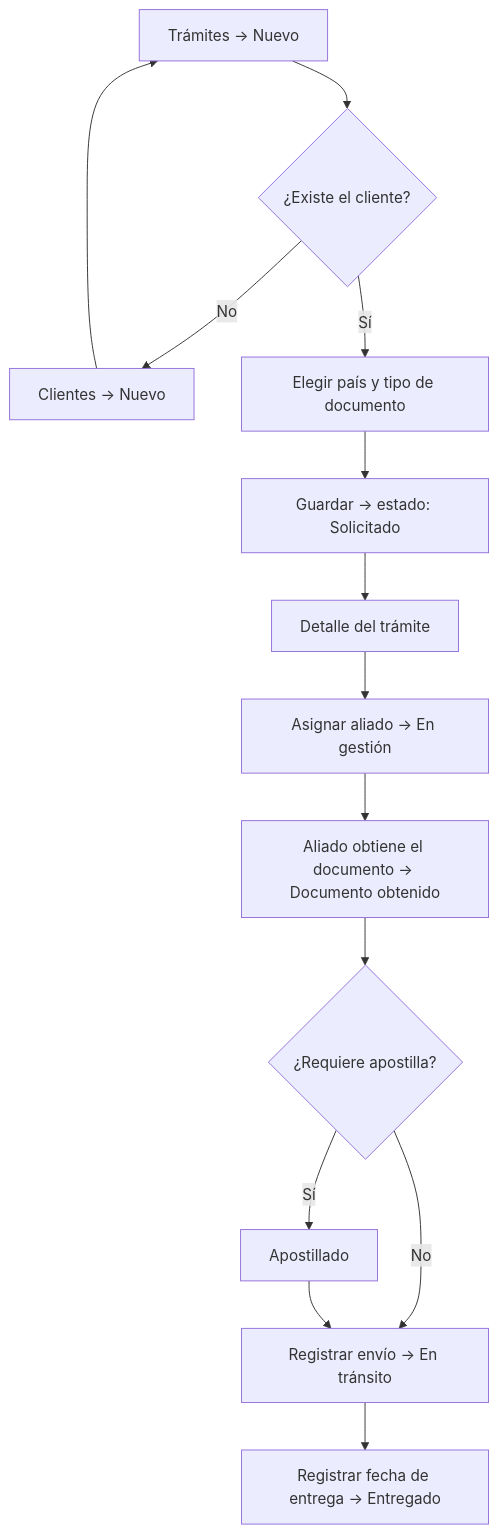
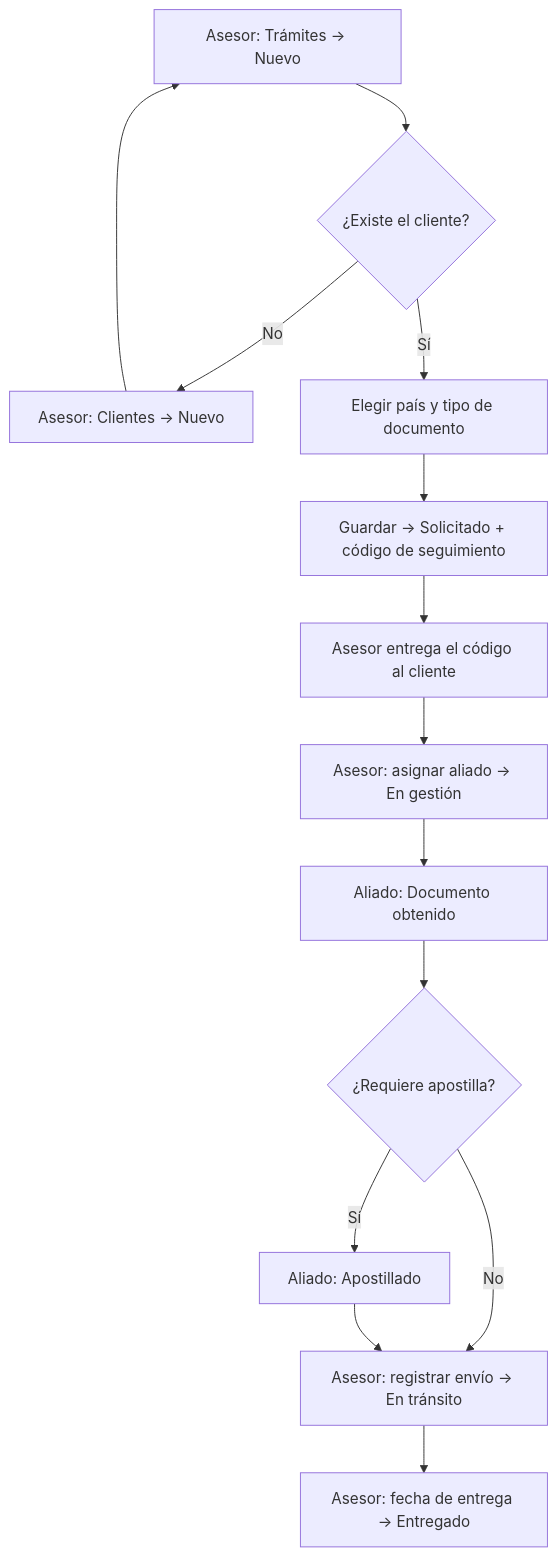
The third of 7 diagrams in docs/ux/flujos-navegacion.md (Androx2000/AliadaLegal-DAS901), drawn with Mermaid before and after one commit. The commit also changed other lines of this file and 4 other files, not shown here.

Commit message:
Corrige documentación UX: roles Administrador/Asesor/Aliado, consulta pública RF06 como Must

````diff
--- a/docs/ux/flujos-navegacion.md
+++ b/docs/ux/flujos-navegacion.md
@@ -26,15 +45,15 @@
 ```mermaid
 flowchart TD
-    S1[Trámites → Nuevo] --> S2{¿Existe el cliente?}
-    S2 -- No --> S3[Clientes → Nuevo] --> S1
+    S1[Asesor: Trámites → Nuevo] --> S2{¿Existe el cliente?}
+    S2 -- No --> S3[Asesor: Clientes → Nuevo] --> S1
     S2 -- Sí --> S4[Elegir país y tipo de documento]
-    S4 --> S5[Guardar → estado: Solicitado]
-    S5 --> S6[Detalle del trámite]
-    S6 --> S7[Asignar aliado → En gestión]
-    S7 --> S8[Aliado obtiene el documento → Documento obtenido]
+    S4 --> S5[Guardar → Solicitado + código de seguimiento]
+    S5 --> S6[Asesor entrega el código al cliente]
+    S6 --> S7[Asesor: asignar aliado → En gestión]
+    S7 --> S8[Aliado: Documento obtenido]
     S8 --> S9{¿Requiere apostilla?}
-    S9 -- Sí --> S10[Apostillado]
+    S9 -- Sí --> S10[Aliado: Apostillado]
     S9 -- No --> S11
-    S10 --> S11[Registrar envío → En tránsito]
-    S11 --> S12[Registrar fecha de entrega → Entregado]
+    S10 --> S11[Asesor: registrar envío → En tránsito]
+    S11 --> S12[Asesor: fecha de entrega → Entregado]
 ```
````
